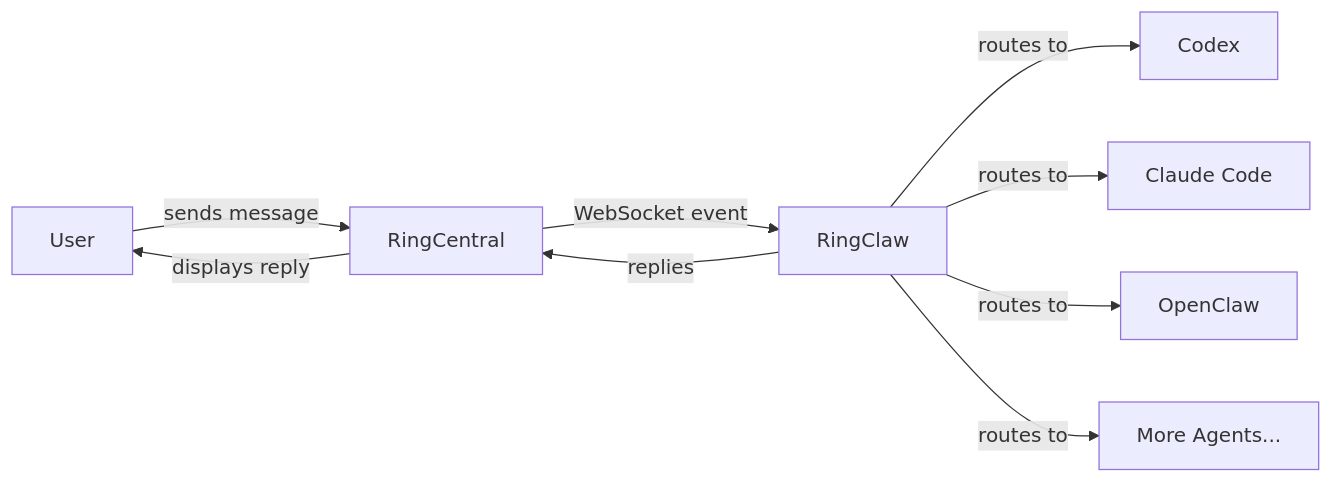
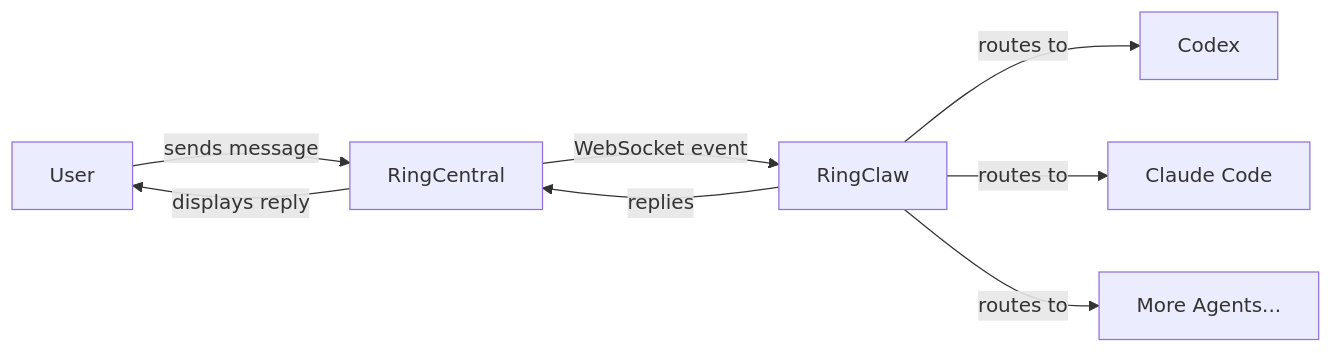
The diagram in README.md (ringclaw/ringclaw), drawn with Mermaid before and after one commit. The commit also changed other lines of this file and 36 other files, not shown here.

````diff
--- a/README.md
+++ b/README.md
@@ -114,11 +41,10 @@
 ```mermaid
 graph LR
     User -->|sends message| RC[RingCentral]
     RC -->|WebSocket event| RingClaw
     RingClaw -->|routes to| Codex
     RingClaw -->|routes to| Claude[Claude Code]
-    RingClaw -->|routes to| OpenClaw
     RingClaw -->|routes to| More[More Agents...]
     RingClaw -->|replies| RC
     RC -->|displays reply| User
 ```
````
